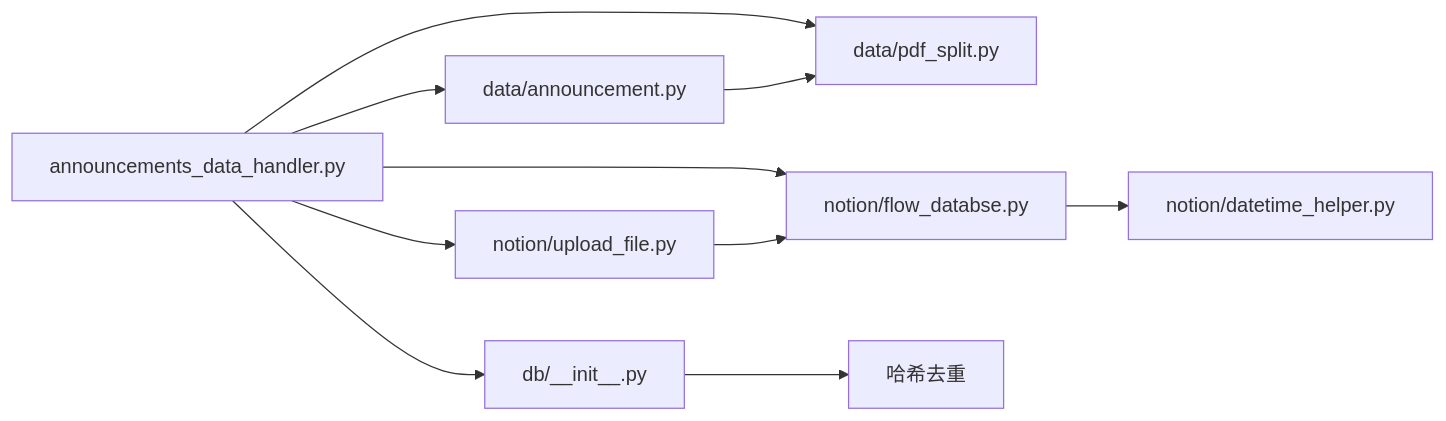
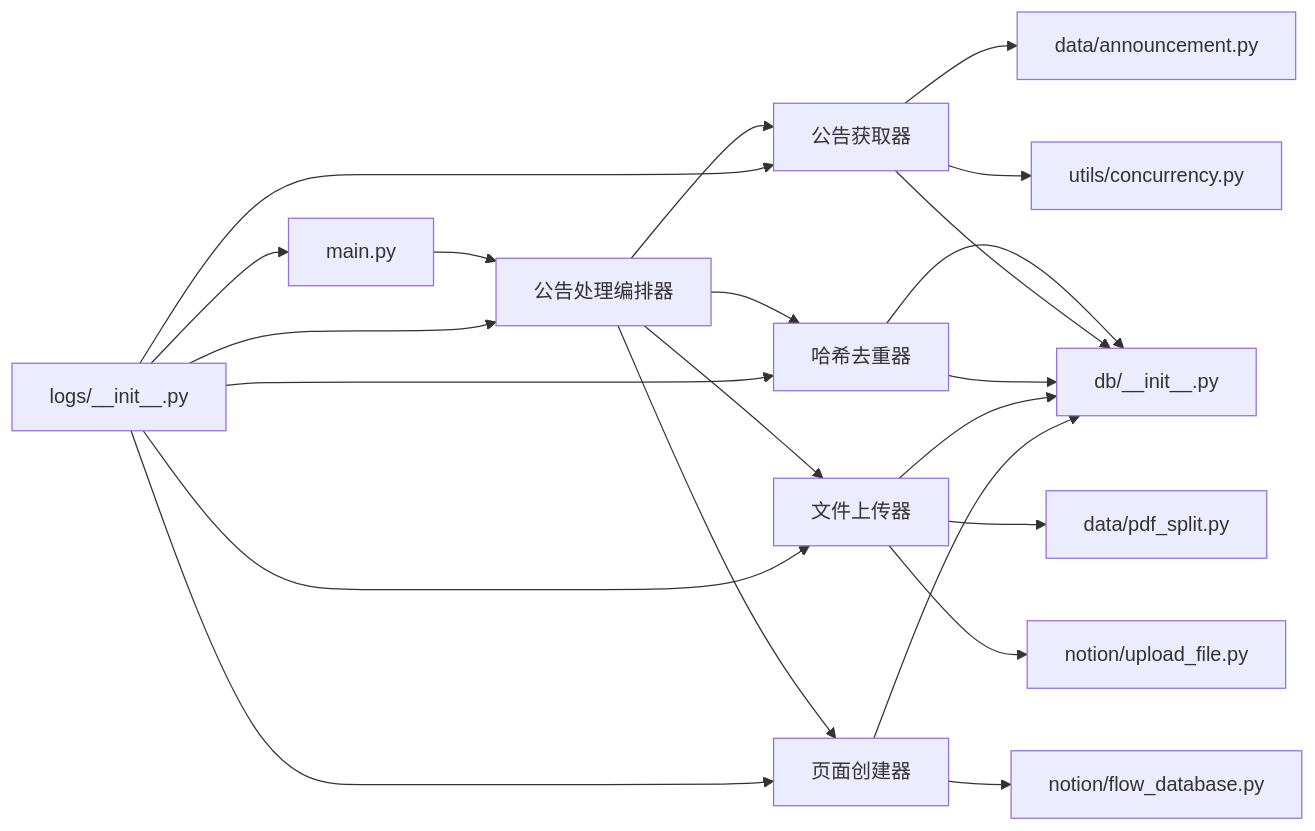
One commit to iverwong/DataLife changed the eighth of 8 diagrams in .qoder/repowiki/zh/content/核心模块详解/公告数据处理模块/公告数据处理模块.md. Above: the diagram before and after it, drawn with Mermaid. The commit also changed other lines of this file and 14 other files, not shown here.

````diff
--- a/.qoder/repowiki/zh/content/核心模块详解/公告数据处理模块/公告数据处理模块.md
+++ b/.qoder/repowiki/zh/content/核心模块详解/公告数据处理模块/公告数据处理模块.md
@@ -367,12 +405,24 @@
 ```mermaid
 graph LR
-Handler["announcements_data_handler.py"] --> DB["db/__init__.py"]
-Handler --> Ann["data/announcement.py"]
-Handler --> Split["data/pdf_split.py"]
-Handler --> Up["notion/upload_file.py"]
-Handler --> Page["notion/flow_databse.py"]
-Page --> DT["notion/datetime_helper.py"]
-Up --> Page
-Ann --> Split
-DB --> Hash["哈希去重"]
+Main["main.py"] --> Orchestrator["公告处理编排器"]
+Orchestrator --> Fetcher["公告获取器"]
+Orchestrator --> Deduplicator["哈希去重器"]
+Orchestrator --> Uploader["文件上传器"]
+Orchestrator --> PageCreator["页面创建器"]
+Fetcher --> DataAnn["data/announcement.py"]
+Fetcher --> Concurrency["utils/concurrency.py"]
+Deduplicator --> DB["db/__init__.py"]
+Uploader --> PDFSplit["data/pdf_split.py"]
+Uploader --> NotionUpload["notion/upload_file.py"]
+PageCreator --> NotionPage["notion/flow_database.py"]
+Fetcher --> DB
+Deduplicator --> DB
+Uploader --> DB
+PageCreator --> DB
+Logs["logs/__init__.py"] --> Main
+Logs --> Orchestrator
+Logs --> Fetcher
+Logs --> Deduplicator
+Logs --> Uploader
+Logs --> PageCreator
 ```
````
